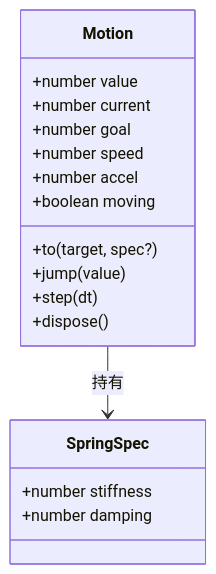
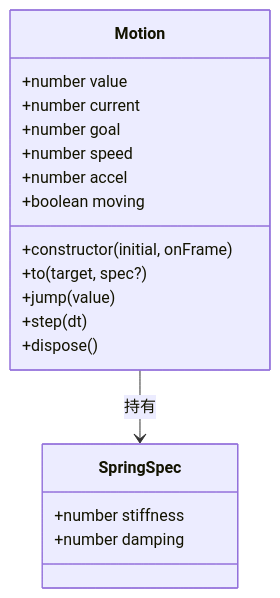
Before and after one commit to ikliml666/Wxxy-CampusLogin: the second of 4 diagrams in .codewiki/modules/android-frontend-utilities-libraries.md, drawn with Mermaid. The commit also changed other lines of this file and 21 other files, not shown here.

````diff
--- a/.codewiki/modules/android-frontend-utilities-libraries.md
+++ b/.codewiki/modules/android-frontend-utilities-libraries.md
@@ -117,20 +117,21 @@
 ```mermaid
 classDiagram
     class Motion {
         +number value
         +number current
         +number goal
         +number speed
         +number accel
         +boolean moving
+        +constructor(initial, onFrame)
         +to(target, spec?)
         +jump(value)
         +step(dt)
         +dispose()
     }
     class SpringSpec {
         +number stiffness
         +number damping
     }
     Motion --> SpringSpec : 持有
 ```
````
